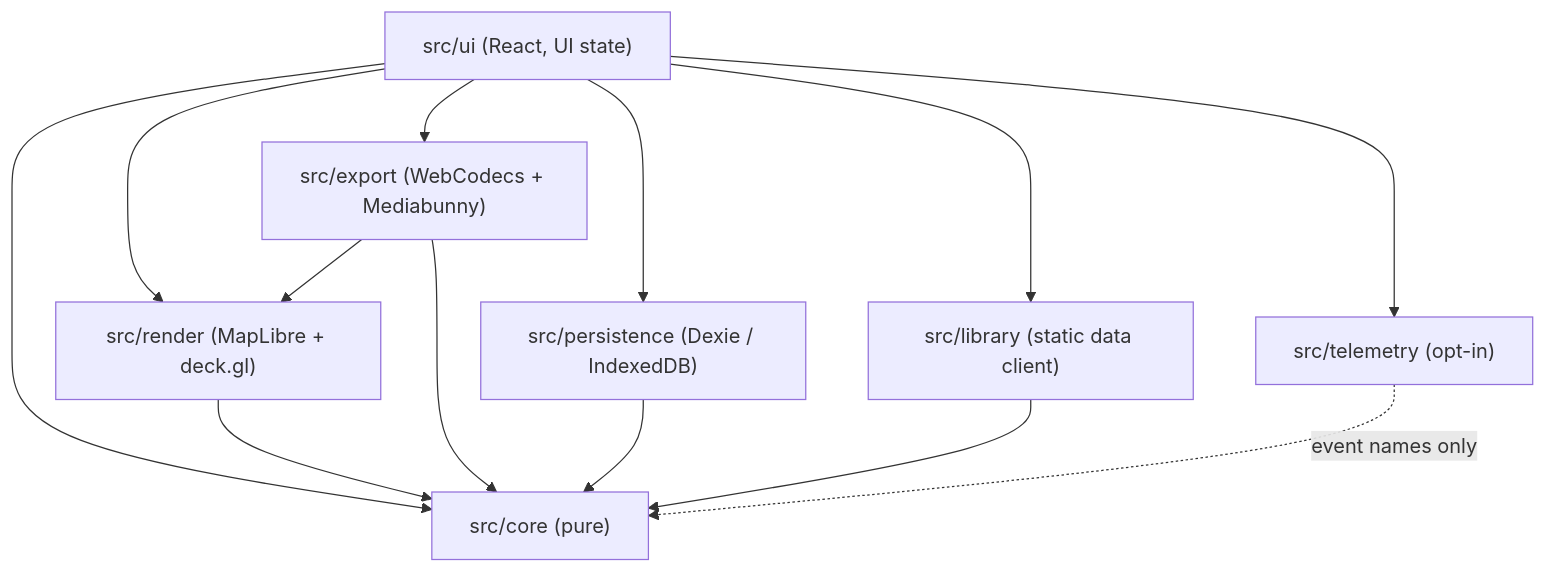
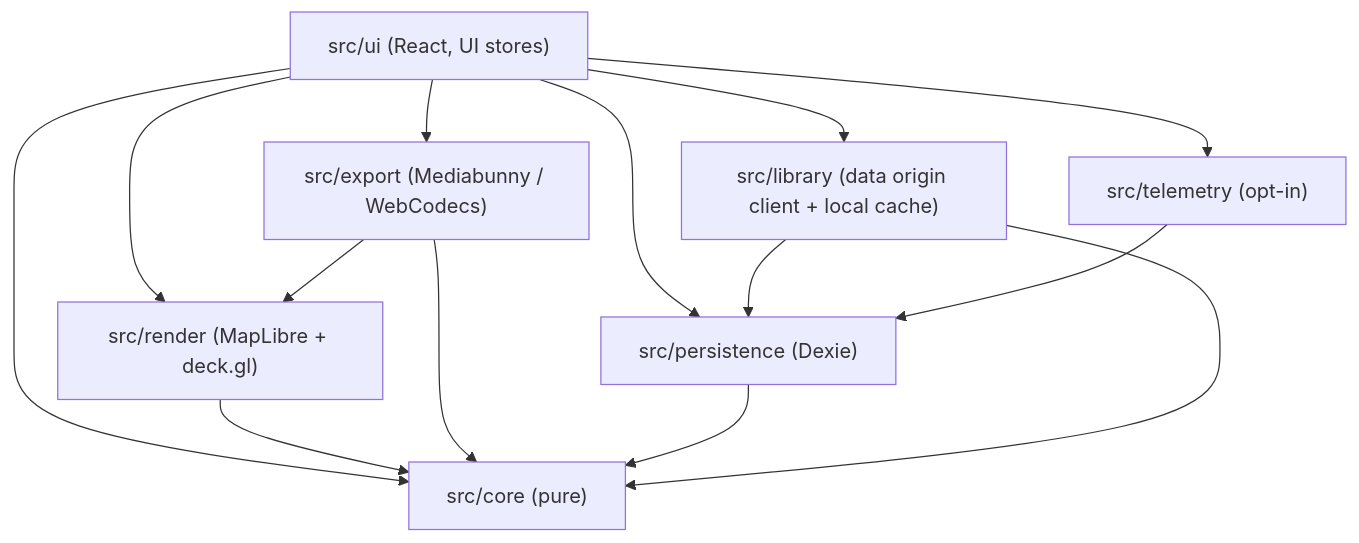
The first of 3 diagrams in _bmad-output/planning-artifacts/architecture/architecture-OPENMAP-2026-09-29/ARCHITECTURE-SPINE.md (Samo1457/OPENMAP), drawn with Mermaid before and after one commit. The commit also changed other lines of this file and 2 other files, not shown here.

First line of the commit message:
Apply reviewer-gate fixes to architecture spine (AD-21..AD-29)

````diff
--- a/_bmad-output/planning-artifacts/architecture/architecture-OPENMAP-2026-09-29/ARCHITECTURE-SPINE.md
+++ b/_bmad-output/planning-artifacts/architecture/architecture-OPENMAP-2026-09-29/ARCHITECTURE-SPINE.md
@@ -33,15 +33,16 @@
 ```mermaid
 flowchart TD
-  UI["src/ui (React, UI state)"] --> CORE["src/core (pure)"]
+  UI["src/ui (React, UI stores)"] --> CORE["src/core (pure)"]
   UI --> RENDER["src/render (MapLibre + deck.gl)"]
-  UI --> EXPORT["src/export (WebCodecs + Mediabunny)"]
-  UI --> PERSIST["src/persistence (Dexie / IndexedDB)"]
-  UI --> LIB["src/library (static data client)"]
+  UI --> EXPORT["src/export (Mediabunny / WebCodecs)"]
+  UI --> PERSIST["src/persistence (Dexie)"]
+  UI --> LIB["src/library (data origin client + local cache)"]
   UI --> TEL["src/telemetry (opt-in)"]
   RENDER --> CORE
   EXPORT --> RENDER
   EXPORT --> CORE
   PERSIST --> CORE
   LIB --> CORE
-  TEL -.->|event names only| CORE
+  LIB --> PERSIST
+  TEL --> PERSIST
 ```
````
